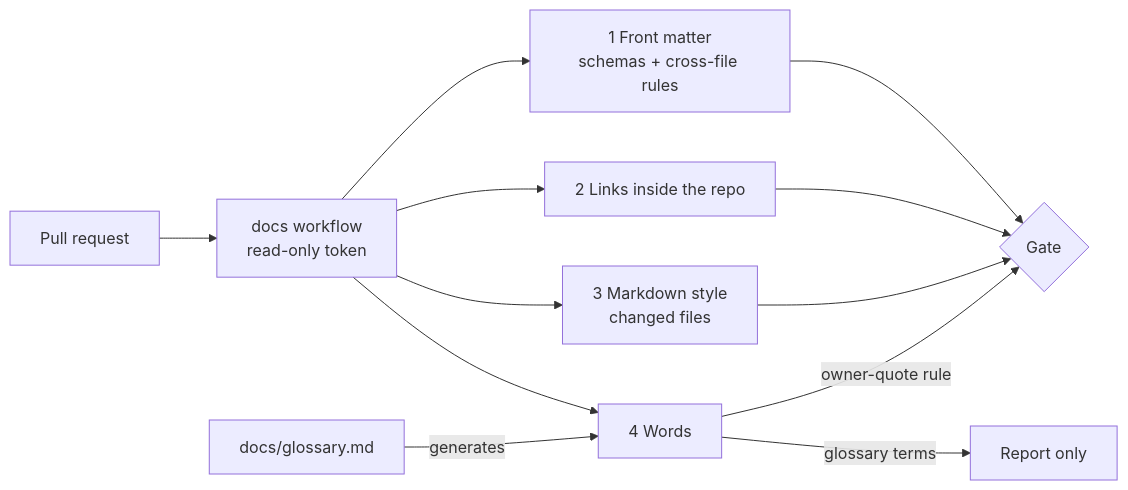
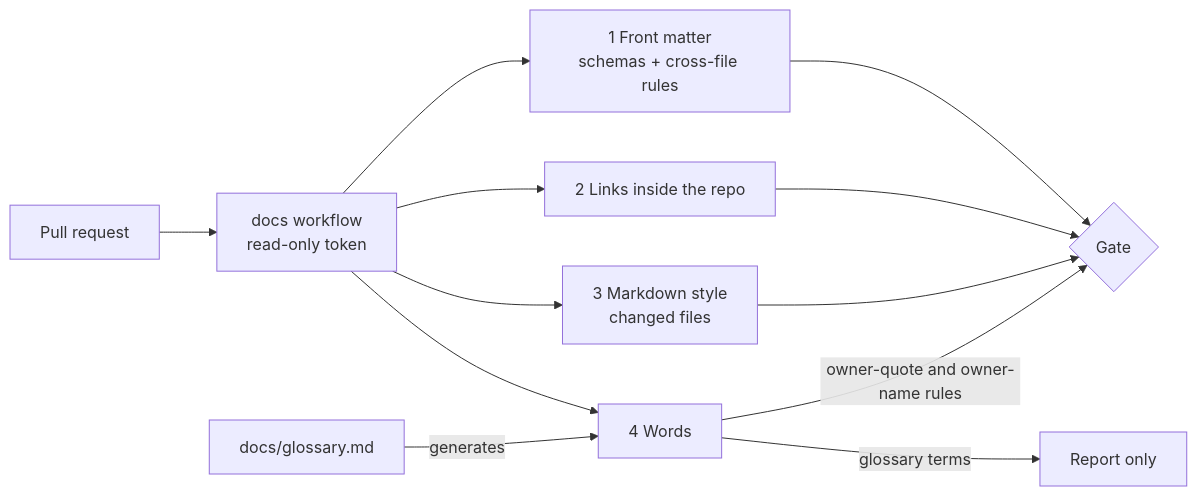
One commit to jonhill90/central-hub changed the diagram in docs/decisions/0019-check-docs-on-every-pr.md. Above: the diagram before and after it, drawn with Mermaid. The commit also changed other lines of this file and 59 other files, not shown here.

````diff
--- a/docs/decisions/0019-check-docs-on-every-pr.md
+++ b/docs/decisions/0019-check-docs-on-every-pr.md
@@ -57,14 +56,14 @@
 ```mermaid
 flowchart LR
   PR[Pull request] --> W[docs workflow<br/>read-only token]
   W --> F[1 Front matter<br/>schemas + cross-file rules]
   W --> L[2 Links inside the repo]
   W --> M[3 Markdown style<br/>changed files]
   W --> V[4 Words]
   G[docs/glossary.md] -->|generates| V
   F --> B{Gate}
   L --> B
   M --> B
-  V -->|owner-quote rule| B
+  V -->|owner-quote and owner-name rules| B
   V -->|glossary terms| R[Report only]
 ```
````
